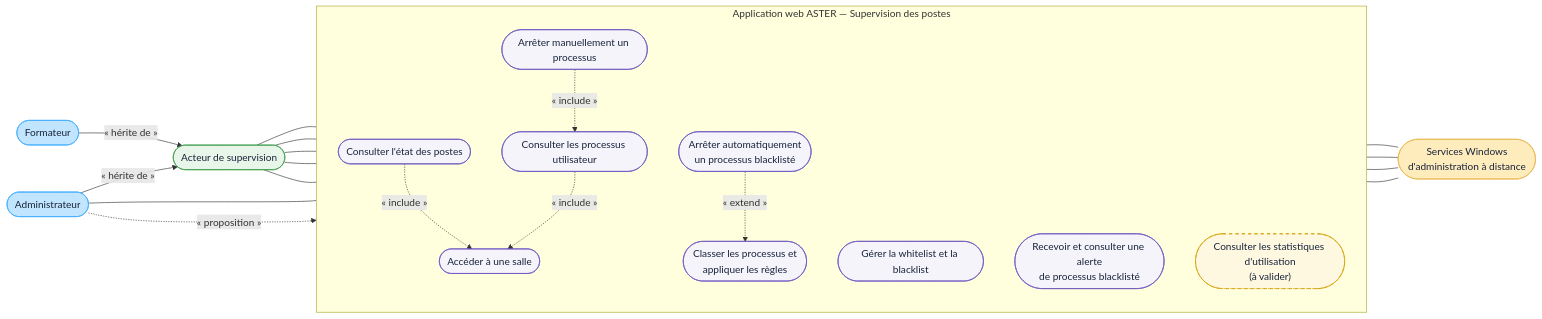
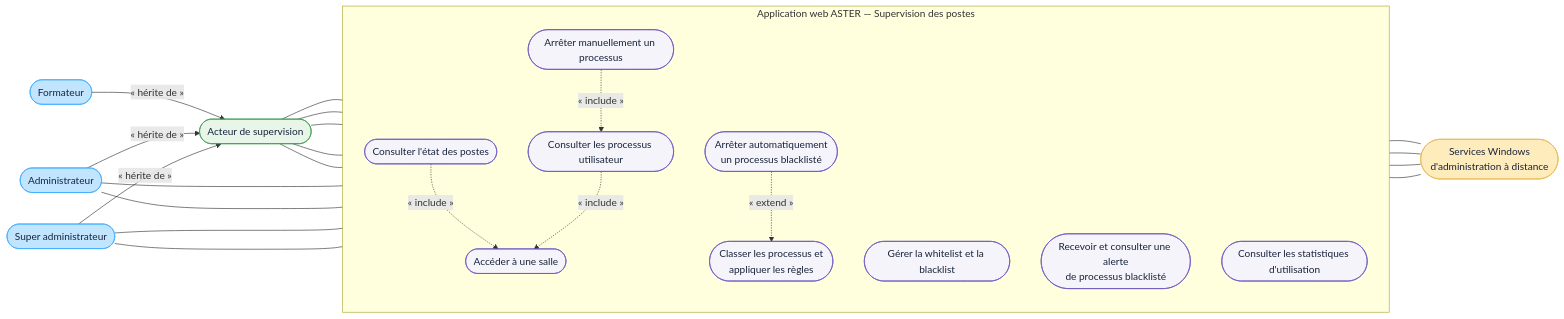
The diagram in docs/10-DCU-SUPERVISION-POSTES.md (bpierrelouis/aster), drawn with Mermaid before and after one commit. The commit also changed 10 other files, not shown here.

````diff
--- a/docs/10-DCU-SUPERVISION-POSTES.md
+++ b/docs/10-DCU-SUPERVISION-POSTES.md
@@ -3,53 +3,55 @@
 ```mermaid
 flowchart LR
     acteurSupervision(["Acteur de supervision"])
     formateur(["Formateur"])
     administrateur(["Administrateur"])
+    superAdministrateur(["Super administrateur"])
 
     formateur -->|« hérite de »| acteurSupervision
     administrateur -->|« hérite de »| acteurSupervision
+    superAdministrateur -->|« hérite de »| acteurSupervision
 
     subgraph aster["Application web ASTER — Supervision des postes"]
         direction TB
         accederSalle(["Accéder à une salle"])
         consulterEtat(["Consulter l'état des postes"])
         consulterProcessus(["Consulter les processus utilisateur"])
         arreterProcessus(["Arrêter manuellement un processus"])
         gererListes(["Gérer la whitelist et la blacklist"])
         appliquerRegles(["Classer les processus et<br/>appliquer les règles"])
         arreterInterdit(["Arrêter automatiquement<br/>un processus blacklisté"])
         consulterAlertes(["Recevoir et consulter une alerte<br/>de processus blacklisté"])
-        consulterStatistiques(["Consulter les statistiques d'utilisation<br/>(à valider)"])
+        consulterStatistiques(["Consulter les statistiques d'utilisation"])
     end
 
     servicesWindows(["Services Windows<br/>d'administration à distance"])
 
     acteurSupervision --- accederSalle
     acteurSupervision --- consulterEtat
     acteurSupervision --- consulterProcessus
     acteurSupervision --- arreterProcessus
     acteurSupervision --- consulterAlertes
     administrateur --- gererListes
-    administrateur -.->|« proposition »| consulterStatistiques
+    administrateur --- consulterStatistiques
+    superAdministrateur --- gererListes
+    superAdministrateur --- consulterStatistiques
 
     consulterEtat -.->|« include »| accederSalle
     consulterProcessus -.->|« include »| accederSalle
     arreterProcessus -.->|« include »| consulterProcessus
     arreterInterdit -.->|« extend »| appliquerRegles
 
     consulterEtat --- servicesWindows
     consulterProcessus --- servicesWindows
     arreterProcessus --- servicesWindows
     appliquerRegles --- servicesWindows
 
     classDef acteur fill:#C2E5FF,stroke:#3DADFF,color:#17243B
     classDef acteurGeneral fill:#E8F5E9,stroke:#3E9B4B,color:#17243B
     classDef acteurSecondaire fill:#FFECBD,stroke:#E8B84E,color:#17243B
     classDef cas fill:#F6F4FB,stroke:#6954C0,color:#17243B
-    classDef casAValider fill:#FFF8E1,stroke:#D39E00,color:#17243B,stroke-dasharray: 5 5
-    class formateur,administrateur acteur
+    class formateur,administrateur,superAdministrateur acteur
     class acteurSupervision acteurGeneral
     class servicesWindows acteurSecondaire
-    class accederSalle,consulterEtat,consulterProcessus,arreterProcessus,gererListes,appliquerRegles,arreterInterdit,consulterAlertes cas
-    class consulterStatistiques casAValider
+    class accederSalle,consulterEtat,consulterProcessus,arreterProcessus,gererListes,appliquerRegles,arreterInterdit,consulterAlertes,consulterStatistiques cas
 ```
````
